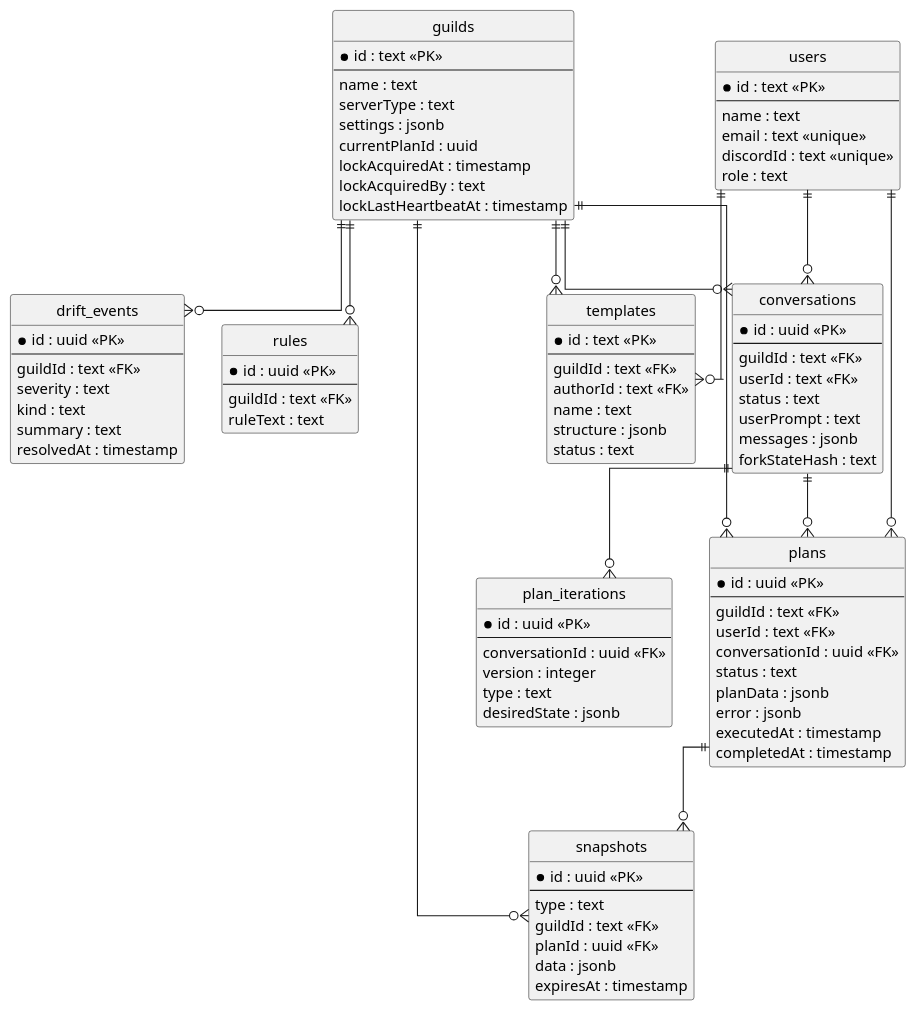
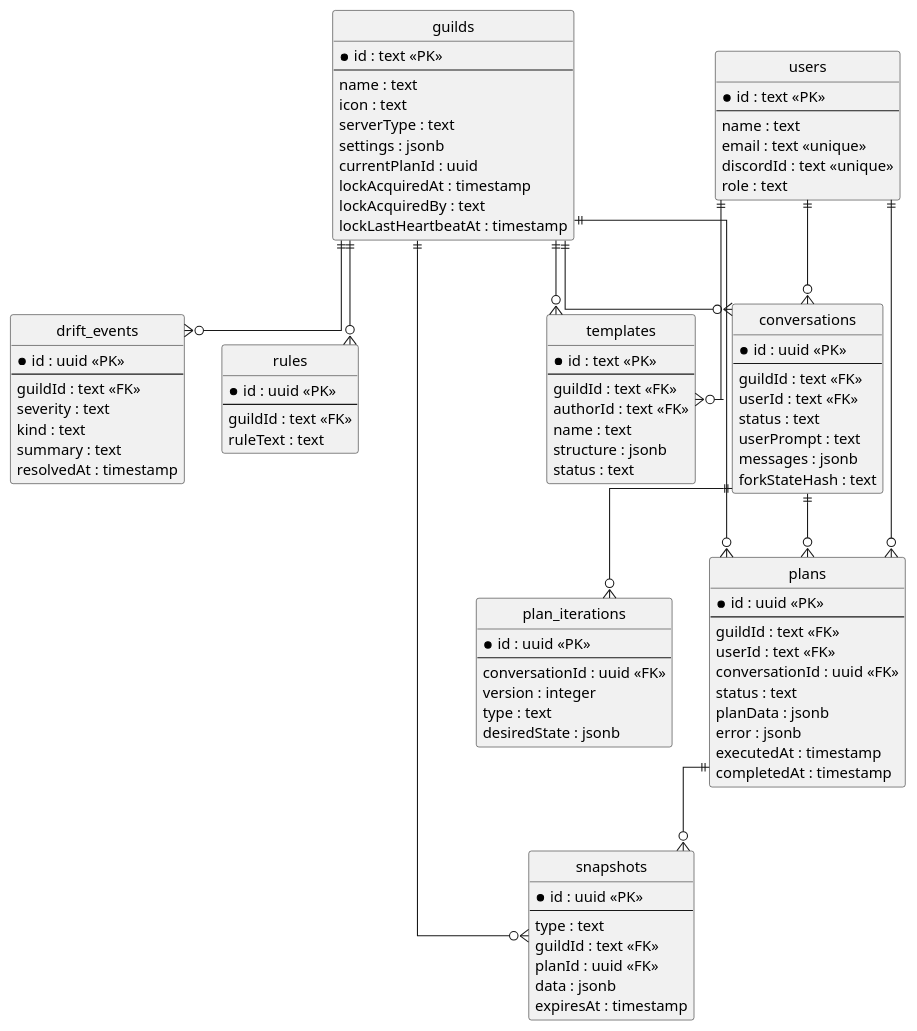
The fourth of 7 diagrams in docs/report/04-design.md (segfawlt/finalproject), drawn with PlantUML before and after one commit. The commit also changed other lines of this file and 21 other files, not shown here.

```diff
--- a/docs/report/04-design.md
+++ b/docs/report/04-design.md
@@ -697,6 +697,7 @@
   * id : text <<PK>>
   --
   name : text
+  icon : text
   serverType : text
   settings : jsonb
   currentPlanId : uuid
```
